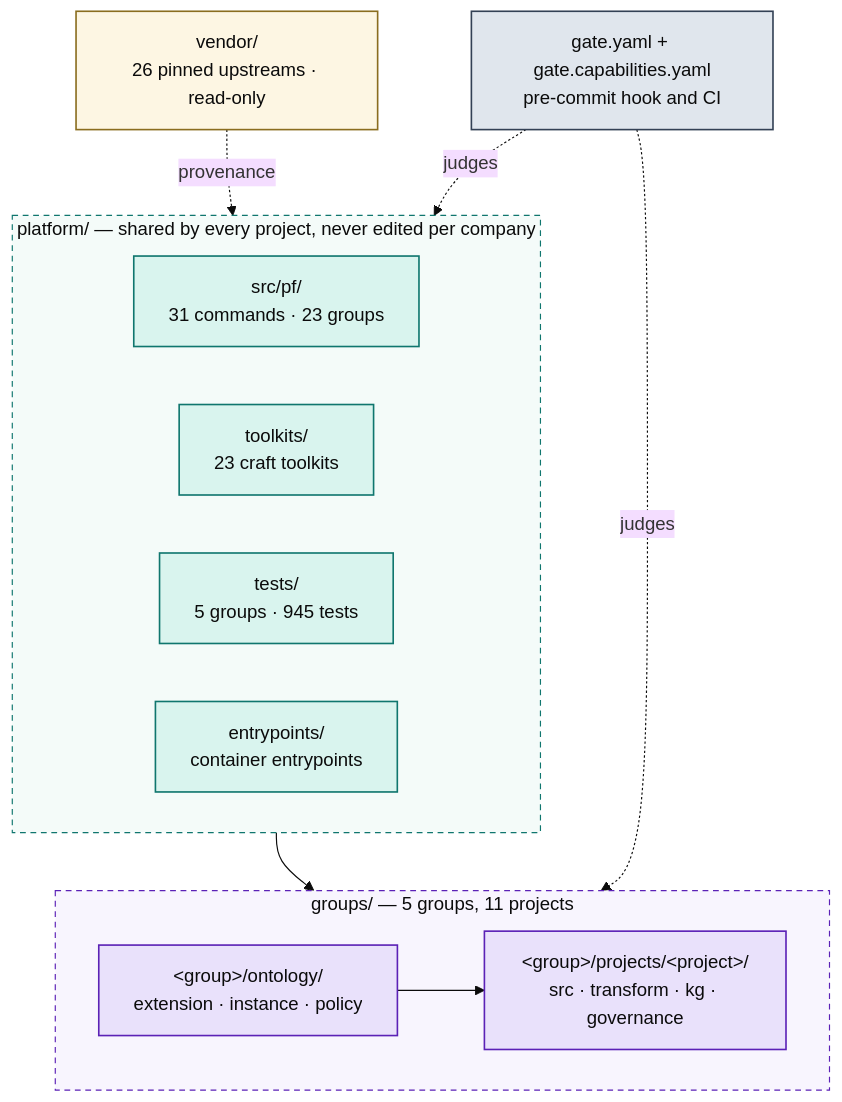
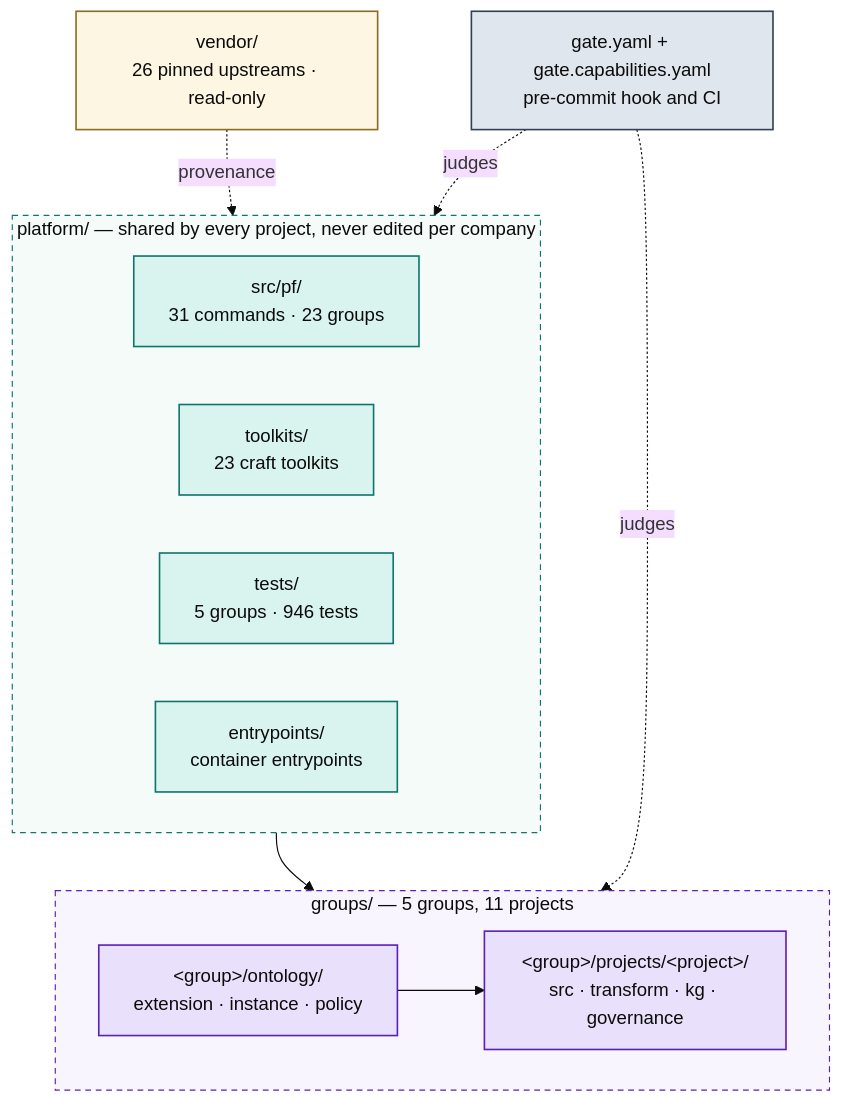
One commit to Atomz-org/data-platform changed the first of 5 diagrams in docs/ARCHITECTURE.md. Above: the diagram before and after it, drawn with Mermaid (base theme). The commit also changed other lines of this file and 2 other files, not shown here.

Commit message:
Refresh the generated index for the new merge tests
`pf context refresh`: the test index, the repo map and the onboarding page
count what the suite holds, and the suite gained the OKF-and-graph tests.

````diff
--- a/docs/ARCHITECTURE.md
+++ b/docs/ARCHITECTURE.md
@@ -15,36 +15,36 @@
 ```mermaid
 flowchart TB
   subgraph SHARED["platform/ — shared by every project, never edited per company"]
     direction LR
     ENG["src/pf/<br/>31 commands · 23 groups"]
     TK["toolkits/<br/>23 craft toolkits"]
-    TST["tests/<br/>5 groups · 945 tests"]
+    TST["tests/<br/>5 groups · 946 tests"]
     ENT["entrypoints/<br/>container entrypoints"]
   end
 
   subgraph ENTITIES["groups/ — 5 groups, 11 projects"]
     direction LR
     GRP["&lt;group&gt;/ontology/<br/>extension · instance · policy"]
     PRJ["&lt;group&gt;/projects/&lt;project&gt;/<br/>src · transform · kg · governance"]
     GRP --> PRJ
   end
 
   VEN["vendor/<br/>26 pinned upstreams · read-only"]
   GATE["gate.yaml + gate.capabilities.yaml<br/>pre-commit hook and CI"]
 
   SHARED --> ENTITIES
   VEN -.provenance.-> SHARED
   GATE -.judges.-> ENTITIES
   GATE -.judges.-> SHARED
 
   classDef code fill:#d9f4ee,stroke:#0f766e,stroke-width:1.4px,color:#0b0b0b
   classDef data fill:#e9e1fb,stroke:#5b21b6,stroke-width:1.4px,color:#0b0b0b
   classDef gov fill:#e0e6ed,stroke:#334155,stroke-width:1.4px,color:#0b0b0b
   classDef ext fill:#fdf6e3,stroke:#8a6d1f,stroke-width:1.4px,color:#0b0b0b
   class ENG,TK,TST,ENT code
   class GRP,PRJ data
   class GATE gov
   class VEN ext
   style SHARED fill:#f4fbf9,stroke:#0f766e,stroke-dasharray:5 4,color:#0b0b0b
   style ENTITIES fill:#f8f5fe,stroke:#5b21b6,stroke-dasharray:5 4,color:#0b0b0b
 ```
````
